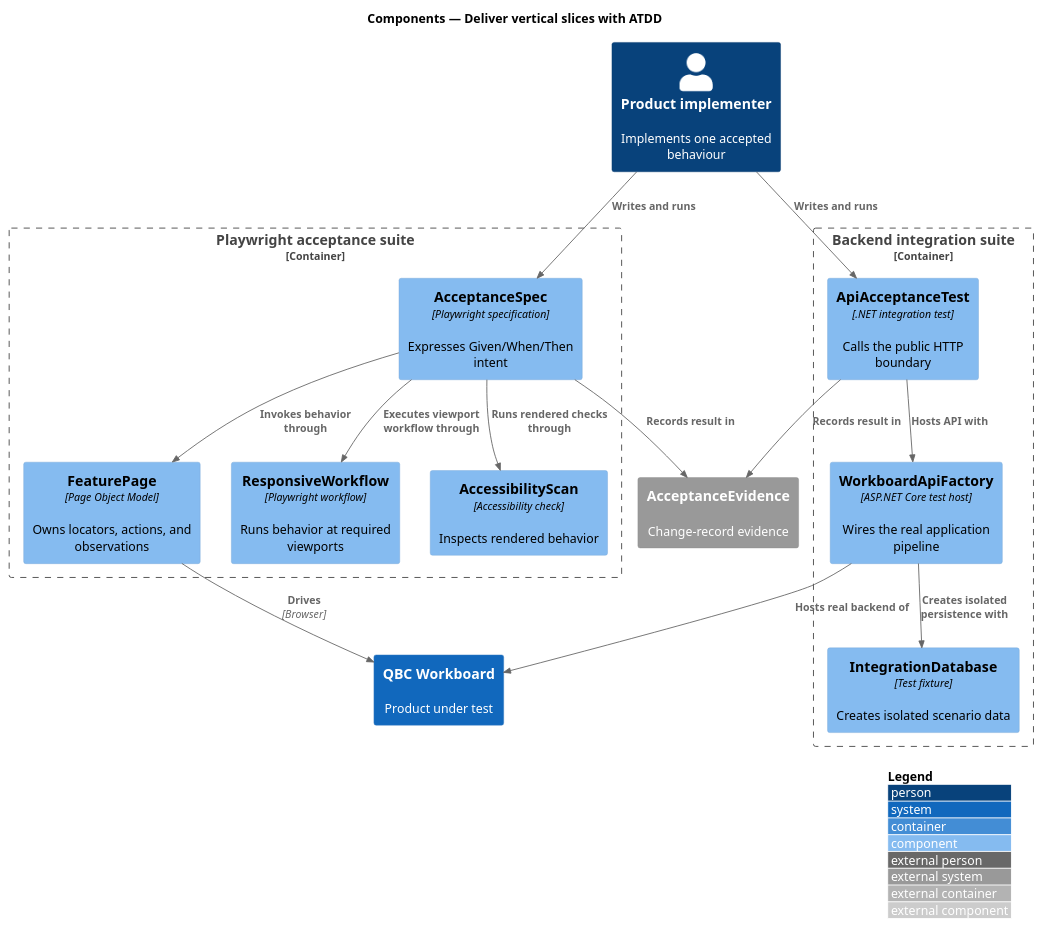
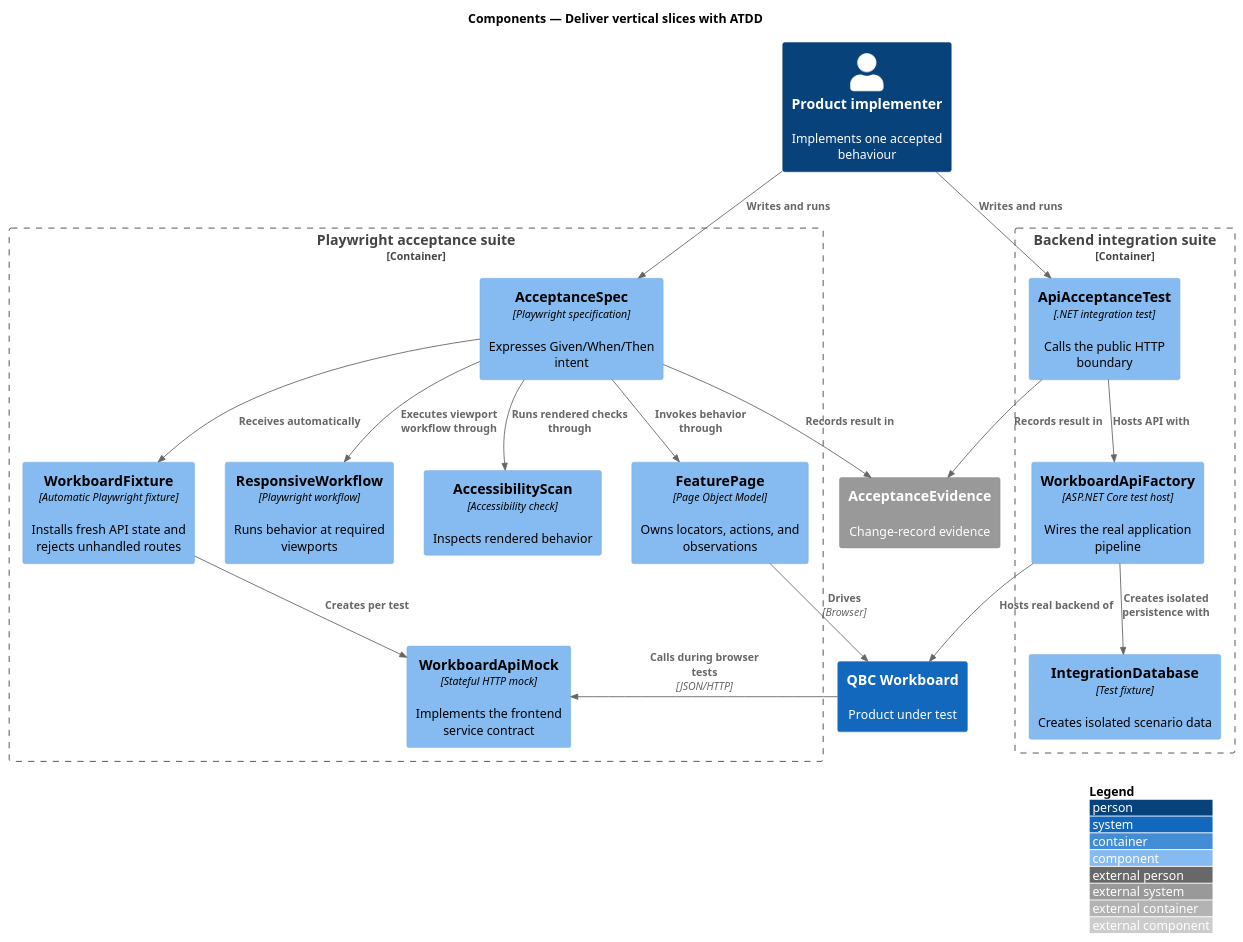
One commit to QuinntyneBrown/quinntyne-brown-consulting changed the diagram in docs/detailed-designs/quality/deliver-with-atdd/diagrams/c4-component.puml. Above: the diagram before and after it, drawn with PlantUML. The commit also changed 24 other files, not shown here.

```diff
--- a/docs/detailed-designs/quality/deliver-with-atdd/diagrams/c4-component.puml
+++ b/docs/detailed-designs/quality/deliver-with-atdd/diagrams/c4-component.puml
@@ -1,32 +1,37 @@
 @startuml
 !include <C4/C4_Component>
 LAYOUT_WITH_LEGEND()
 title Components — Deliver vertical slices with ATDD
 
 Person(implementer, "Product implementer", "Implements one accepted behaviour")
 Container_Boundary(browserSuite, "Playwright acceptance suite") {
   Component(spec, "AcceptanceSpec", "Playwright specification", "Expresses Given/When/Then intent")
   Component(pageObject, "FeaturePage", "Page Object Model", "Owns locators, actions, and observations")
   Component(responsive, "ResponsiveWorkflow", "Playwright workflow", "Runs behavior at required viewports")
   Component(a11y, "AccessibilityScan", "Accessibility check", "Inspects rendered behavior")
+  Component(fixture, "WorkboardFixture", "Automatic Playwright fixture", "Installs fresh API state and rejects unhandled routes")
+  Component(mockApi, "WorkboardApiMock", "Stateful HTTP mock", "Implements the frontend service contract")
 }
 Container_Boundary(apiSuite, "Backend integration suite") {
   Component(test, "ApiAcceptanceTest", ".NET integration test", "Calls the public HTTP boundary")
   Component(factory, "WorkboardApiFactory", "ASP.NET Core test host", "Wires the real application pipeline")
   Component(database, "IntegrationDatabase", "Test fixture", "Creates isolated scenario data")
 }
 System(workboard, "QBC Workboard", "Product under test")
 System_Ext(evidence, "AcceptanceEvidence", "Change-record evidence")
 
 Rel(implementer, spec, "Writes and runs")
 Rel(implementer, test, "Writes and runs")
 Rel(spec, pageObject, "Invokes behavior through")
 Rel(spec, responsive, "Executes viewport workflow through")
 Rel(spec, a11y, "Runs rendered checks through")
+Rel(spec, fixture, "Receives automatically")
+Rel(fixture, mockApi, "Creates per test")
 Rel(pageObject, workboard, "Drives", "Browser")
+Rel(workboard, mockApi, "Calls during browser tests", "JSON/HTTP")
 Rel(test, factory, "Hosts API with")
 Rel(factory, database, "Creates isolated persistence with")
 Rel(factory, workboard, "Hosts real backend of")
 Rel(spec, evidence, "Records result in")
 Rel(test, evidence, "Records result in")
 @enduml
```
